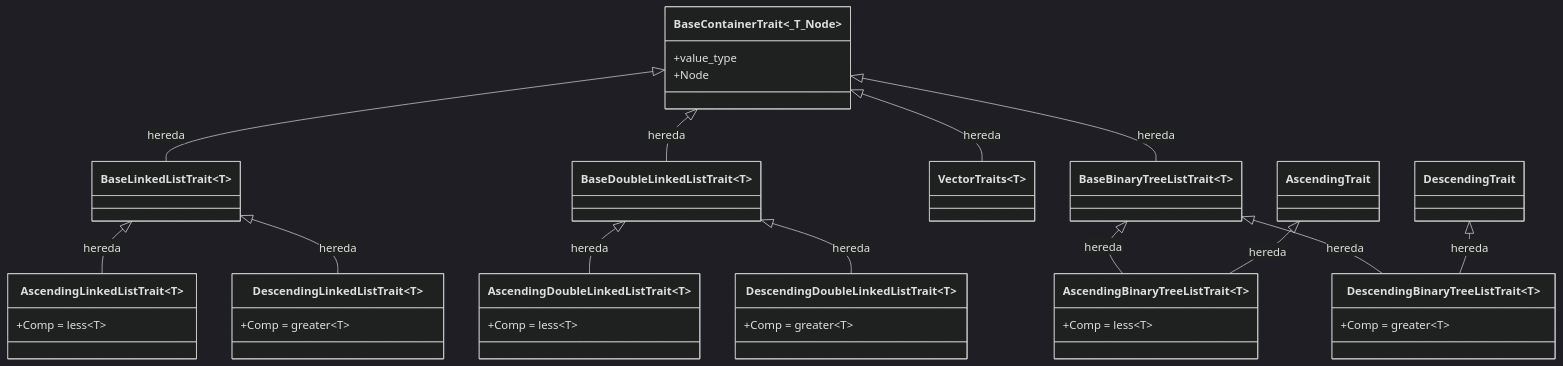
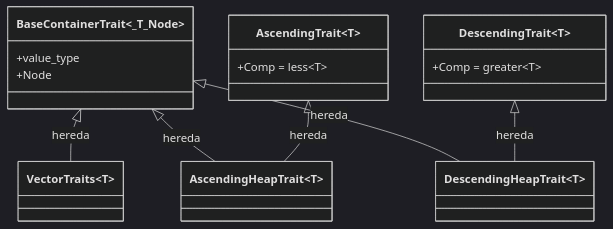
The fourth of 10 diagrams in docs/architecture.md (Camilo-vinatea/2026-I-MCC001-AED), drawn with Mermaid (dark theme) before and after one commit. The commit also changed other lines of this file and 1 other file, not shown here.

````diff
--- a/docs/architecture.md
+++ b/docs/architecture.md
@@ -261,54 +274,30 @@
 ```mermaid
 classDiagram
     class BaseContainerTrait~_T_Node~ {
         +value_type
         +Node
     }
 
-    class BaseLinkedListTrait~T~ {
-    }
-
-    class AscendingLinkedListTrait~T~ {
+    class AscendingTrait~T~ {
         +Comp = less~T~
     }
 
-    class DescendingLinkedListTrait~T~ {
-        +Comp = greater~T~
-    }
-
-    class BaseDoubleLinkedListTrait~T~ {
-    }
-
-    class AscendingDoubleLinkedListTrait~T~ {
-        +Comp = less~T~
-    }
-
-    class DescendingDoubleLinkedListTrait~T~ {
+    class DescendingTrait~T~ {
         +Comp = greater~T~
     }
 
     class VectorTraits~T~ {
     }
 
-    class BaseBinaryTreeListTrait~T~ {
-    }
-    class AscendingBinaryTreeListTrait~T~ {
-        +Comp = less~T~
-    }
-    class DescendingBinaryTreeListTrait~T~ {
-        +Comp = greater~T~
+    class AscendingHeapTrait~T~ {
     }
 
-    BaseContainerTrait <|-- BaseLinkedListTrait : hereda
-    BaseContainerTrait <|-- BaseDoubleLinkedListTrait : hereda
+    class DescendingHeapTrait~T~ {
+    }
+
     BaseContainerTrait <|-- VectorTraits : hereda
-    BaseContainerTrait <|-- BaseBinaryTreeListTrait : hereda
-    BaseLinkedListTrait <|-- AscendingLinkedListTrait : hereda
-    BaseLinkedListTrait <|-- DescendingLinkedListTrait : hereda
-    BaseDoubleLinkedListTrait <|-- AscendingDoubleLinkedListTrait : hereda
-    BaseDoubleLinkedListTrait <|-- DescendingDoubleLinkedListTrait : hereda
-    BaseBinaryTreeListTrait <|-- AscendingBinaryTreeListTrait : hereda
-    BaseBinaryTreeListTrait <|-- DescendingBinaryTreeListTrait : hereda
-    AscendingTrait <|-- AscendingBinaryTreeListTrait : hereda
-    DescendingTrait <|-- DescendingBinaryTreeListTrait : hereda
+    BaseContainerTrait <|-- AscendingHeapTrait : hereda
+    BaseContainerTrait <|-- DescendingHeapTrait : hereda
+    AscendingTrait <|-- AscendingHeapTrait : hereda
+    DescendingTrait <|-- DescendingHeapTrait : hereda
 ```
````
